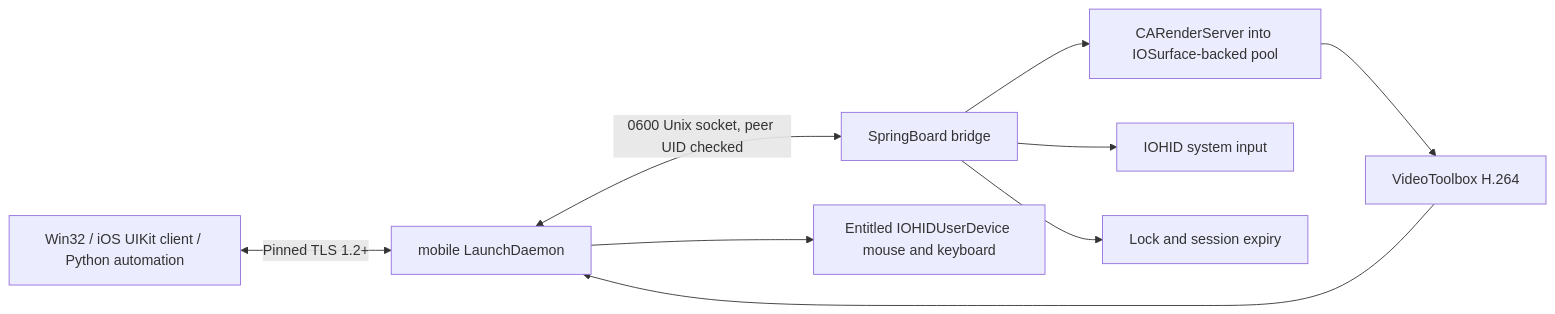
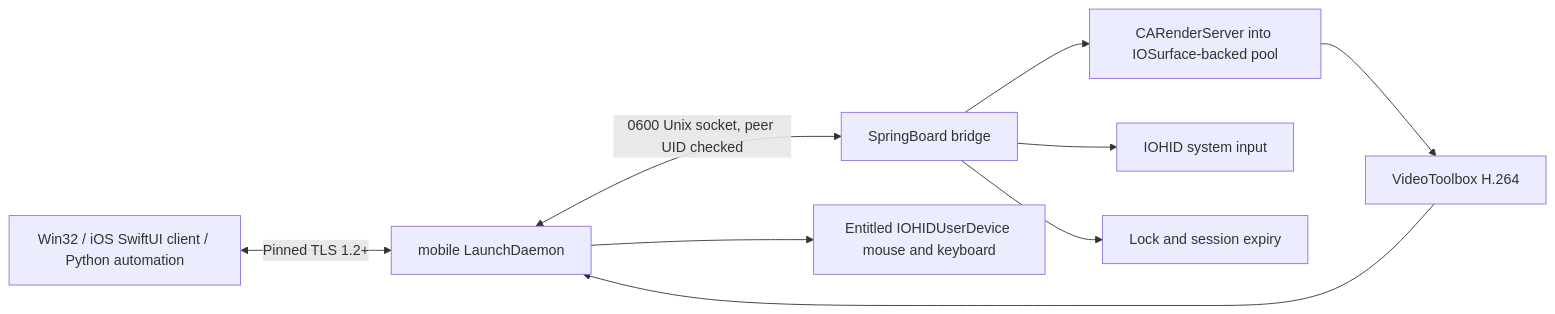
The diagram in docs/ARCHITECTURE.md (Justintunsday/iOSRemoteBridge), drawn with Mermaid before and after one commit. The commit also changed other lines of this file and 17 other files, not shown here.

````diff
--- a/docs/ARCHITECTURE.md
+++ b/docs/ARCHITECTURE.md
@@ -3,11 +3,11 @@
 ```mermaid
 flowchart LR
-  W[Win32 / iOS UIKit client / Python automation] <-->|Pinned TLS 1.2+| D[mobile LaunchDaemon]
+  W[Win32 / iOS SwiftUI client / Python automation] <-->|Pinned TLS 1.2+| D[mobile LaunchDaemon]
   D <-->|0600 Unix socket, peer UID checked| S[SpringBoard bridge]
   S --> C[CARenderServer into IOSurface-backed pool]
   C --> V[VideoToolbox H.264]
   V --> D
   S --> H[IOHID system input]
   S --> O[Lock and session expiry]
   D --> N[Entitled IOHIDUserDevice mouse and keyboard]
 ```
````
